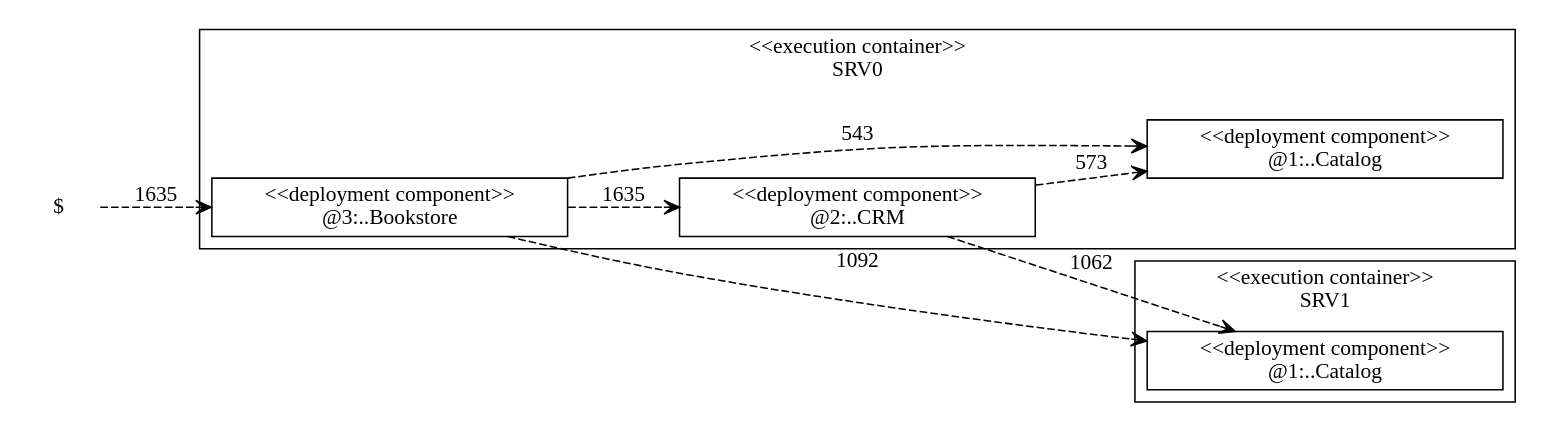
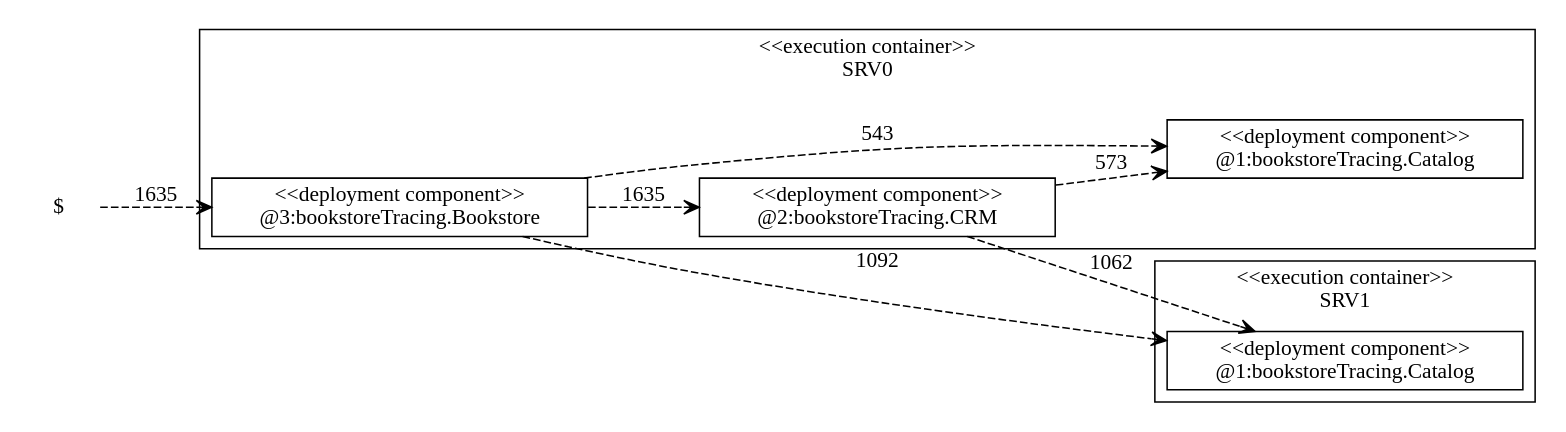
The diagram in doc/userguide/images/example-plots/deploymentComponentDependencyGraph.dot (kieker-monitoring/kieker), drawn with Graphviz before and after one commit. The commit also changed 4 other files, not shown here.

```diff
--- a/doc/userguide/images/example-plots/deploymentComponentDependencyGraph.dot
+++ b/doc/userguide/images/example-plots/deploymentComponentDependencyGraph.dot
@@ -1,27 +1,27 @@
 digraph G {
  rankdir=LR;
 subgraph "cluster_container2" {
  label = "<<execution container>>\nSRV0";
  shape = "box";
  style = "filled";
  fillcolor = "white";
-"depNode_2" [label="<<deployment component>>\n@1:..Catalog",shape="box",style="filled",fillcolor="white"]
-"depNode_3" [label="<<deployment component>>\n@2:..CRM",shape="box",style="filled",fillcolor="white"]
-"depNode_4" [label="<<deployment component>>\n@3:..Bookstore",shape="box",style="filled",fillcolor="white"]
+"depNode_2" [label="<<deployment component>>\n@1:bookstoreTracing.Catalog",shape="box",style="filled",fillcolor="white"]
+"depNode_3" [label="<<deployment component>>\n@2:bookstoreTracing.CRM",shape="box",style="filled",fillcolor="white"]
+"depNode_4" [label="<<deployment component>>\n@3:bookstoreTracing.Bookstore",shape="box",style="filled",fillcolor="white"]
 }
 subgraph "cluster_container1" {
  label = "<<execution container>>\nSRV1";
  shape = "box";
  style = "filled";
  fillcolor = "white";
-"depNode_1" [label="<<deployment component>>\n@1:..Catalog",shape="box",style="filled",fillcolor="white"]
+"depNode_1" [label="<<deployment component>>\n@1:bookstoreTracing.Catalog",shape="box",style="filled",fillcolor="white"]
 }
 "depNode_0" [label="$",shape="none"]
 
 depNode_0->depNode_4[label=1635, style="dashed", arrowhead="open"]
 depNode_3->depNode_1[label=1062, style="dashed", arrowhead="open"]
 depNode_3->depNode_2[label=573, style="dashed", arrowhead="open"]
 depNode_4->depNode_1[label=1092, style="dashed", arrowhead="open"]
 depNode_4->depNode_2[label=543, style="dashed", arrowhead="open"]
 depNode_4->depNode_3[label=1635, style="dashed", arrowhead="open"]
 }
```
